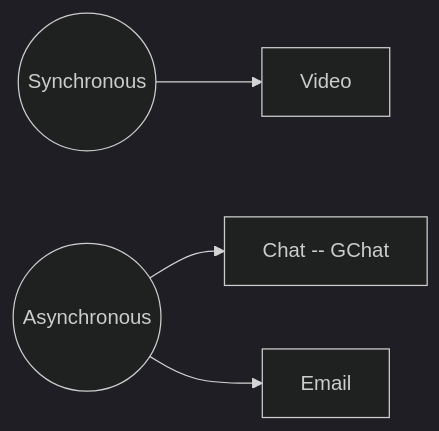
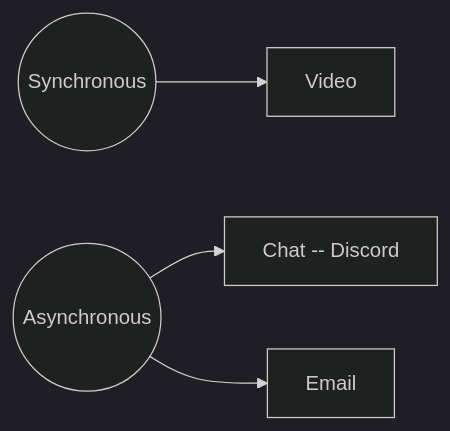
One commit to life-itself/tao changed the second of 2 diagrams in onboarding/README.md. Above: the diagram before and after it, drawn with Mermaid (dark theme).

Commit message:
[post/update][s]: changing reference to Gchat to Discord

````diff
--- a/onboarding/README.md
+++ b/onboarding/README.md
@@ -265,10 +265,10 @@
 ```mermaid
 graph LR
 
 sync((Synchronous))
 async((Asynchronous))
 
 sync --> video[Video]
-async --> chat[Chat -- GChat]
+async --> chat[Chat -- Discord]
 async --> email[Email]
 ```
````
